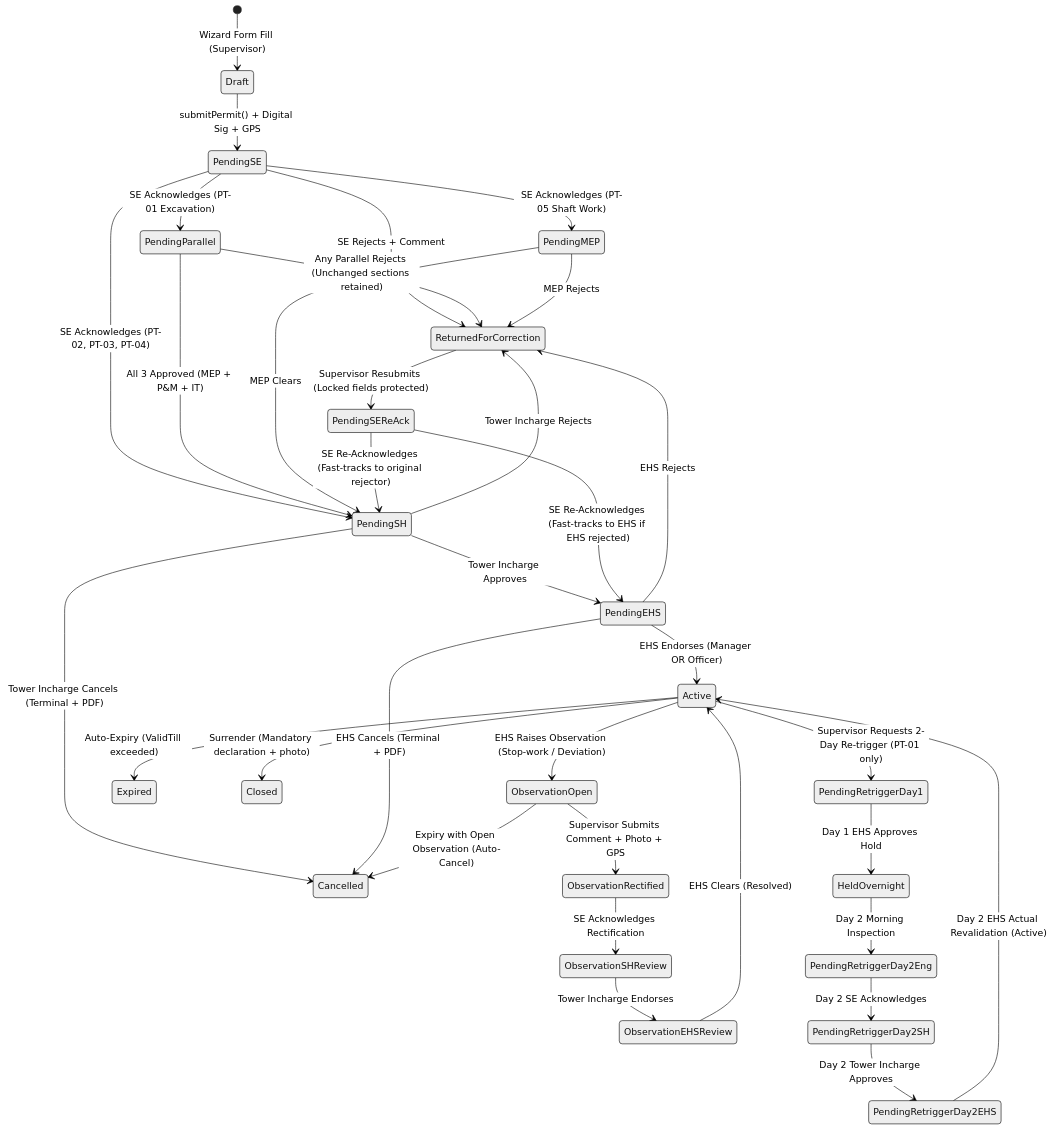
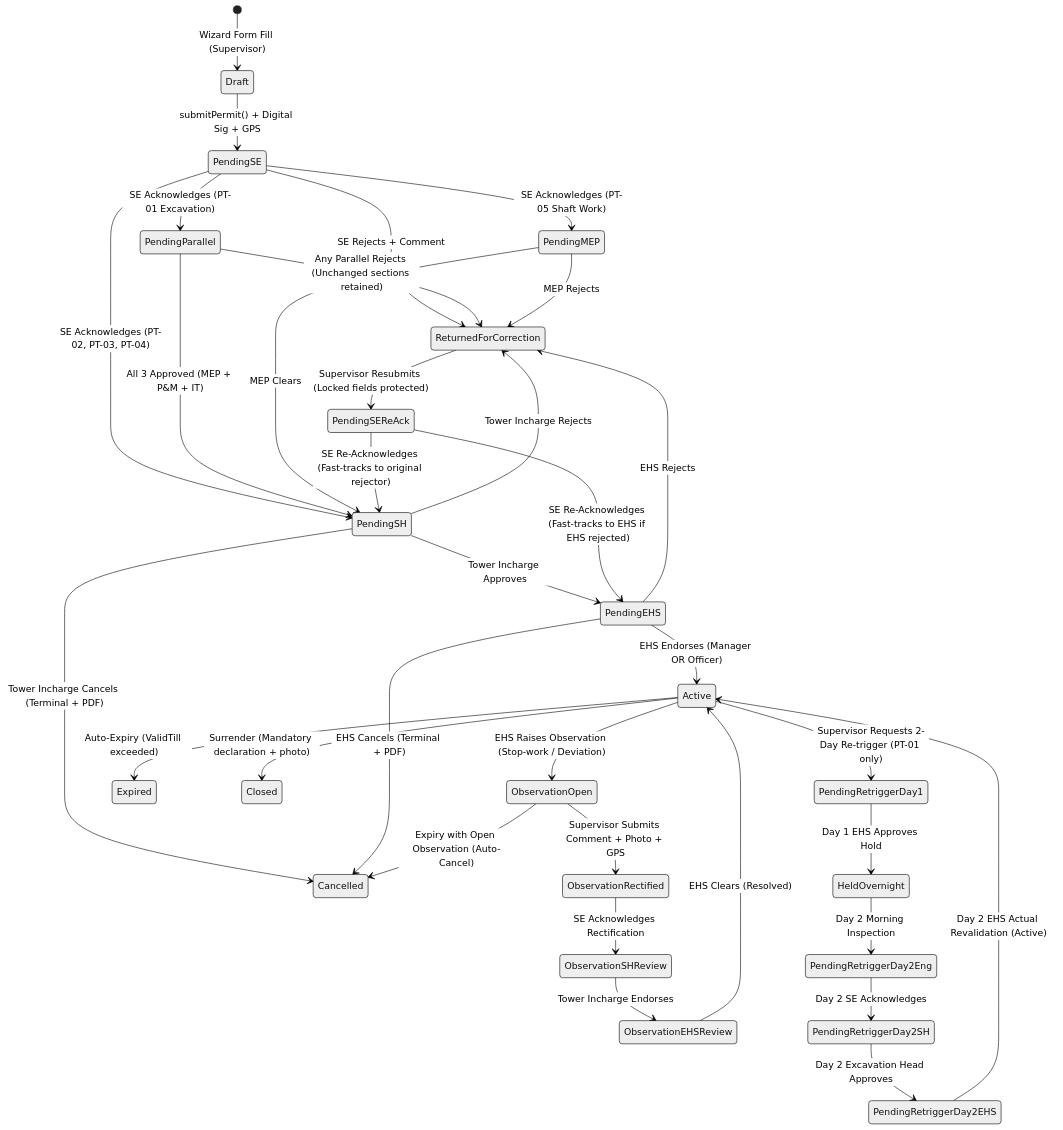
Before and after one commit to AuroGroupAutomationBot/ARPL-EHS-Demo: the seventh of 25 diagrams in README.md, drawn with Mermaid (neutral theme). The commit also changed other lines of this file, not shown here.

````diff
--- a/README.md
+++ b/README.md
@@ -506,54 +519,54 @@
 ```mermaid
 stateDiagram-v2
     [*] --> Draft : Wizard Form Fill (Supervisor)
     Draft --> PendingSE : submitPermit() + Digital Sig + GPS
     
     %% Site Engineer Stage
     PendingSE --> ReturnedForCorrection : SE Rejects + Comment
     PendingSE --> PendingParallel : SE Acknowledges (PT-01 Excavation)
     PendingSE --> PendingMEP : SE Acknowledges (PT-05 Shaft Work)
     PendingSE --> PendingSH : SE Acknowledges (PT-02, PT-03, PT-04)
 
     %% Parallel Gate (PT-01)
     PendingParallel --> PendingSH : All 3 Approved (MEP + P&M + IT)
     PendingParallel --> ReturnedForCorrection : Any Parallel Rejects (Unchanged sections retained)
 
     %% Dedicated MEP Gate (PT-05)
     PendingMEP --> PendingSH : MEP Clears
     PendingMEP --> ReturnedForCorrection : MEP Rejects
 
     %% Section Head / Tower Incharge Stage
     PendingSH --> PendingEHS : Tower Incharge Approves
     PendingSH --> ReturnedForCorrection : Tower Incharge Rejects
     PendingSH --> Cancelled : Tower Incharge Cancels (Terminal + PDF)
 
     %% EHS Stage (Single Approver Gate)
     PendingEHS --> Active : EHS Endorses (Manager OR Officer)
     PendingEHS --> ReturnedForCorrection : EHS Rejects
     PendingEHS --> Cancelled : EHS Cancels (Terminal + PDF)
 
     %% Correction Loop
     ReturnedForCorrection --> PendingSEReAck : Supervisor Resubmits (Locked fields protected)
     PendingSEReAck --> PendingSH : SE Re-Acknowledges (Fast-tracks to original rejector)
     PendingSEReAck --> PendingEHS : SE Re-Acknowledges (Fast-tracks to EHS if EHS rejected)
 
     %% Active State & Post-Activation Workflows
     Active --> ObservationOpen : EHS Raises Observation (Stop-work / Deviation)
     Active --> Expired : Auto-Expiry (ValidTill exceeded)
     Active --> Closed : Surrender (Mandatory declaration + photo)
     Active --> PendingRetriggerDay1 : Supervisor Requests 2-Day Re-trigger (PT-01 only)
 
     %% Observation Sub-Lifecycle
     ObservationOpen --> ObservationRectified : Supervisor Submits Comment + Photo + GPS
     ObservationRectified --> ObservationSHReview : SE Acknowledges Rectification
     ObservationSHReview --> ObservationEHSReview : Tower Incharge Endorses
     ObservationEHSReview --> Active : EHS Clears (Resolved)
     ObservationOpen --> Cancelled : Expiry with Open Observation (Auto-Cancel)
 
     %% Re-trigger Sub-Lifecycle (Excavation)
     PendingRetriggerDay1 --> HeldOvernight : Day 1 EHS Approves Hold
     HeldOvernight --> PendingRetriggerDay2Eng : Day 2 Morning Inspection
     PendingRetriggerDay2Eng --> PendingRetriggerDay2SH : Day 2 SE Acknowledges
-    PendingRetriggerDay2SH --> PendingRetriggerDay2EHS : Day 2 Tower Incharge Approves
+    PendingRetriggerDay2SH --> PendingRetriggerDay2EHS : Day 2 Excavation Head Approves
     PendingRetriggerDay2EHS --> Active : Day 2 EHS Actual Revalidation (Active)
 ```
````
